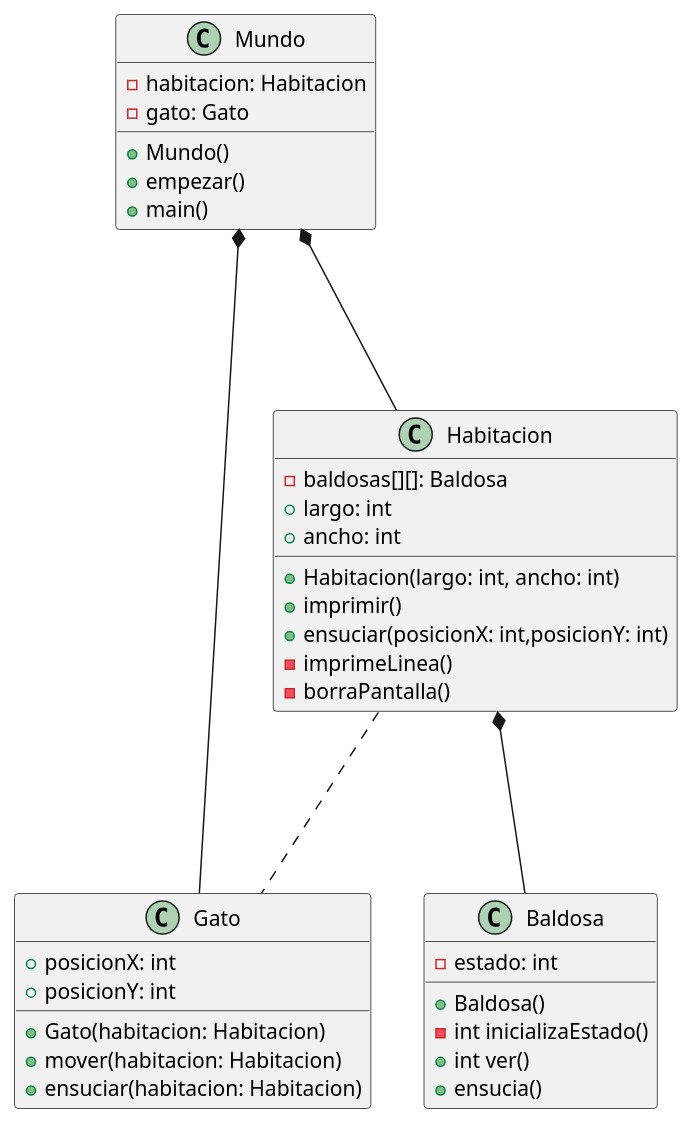
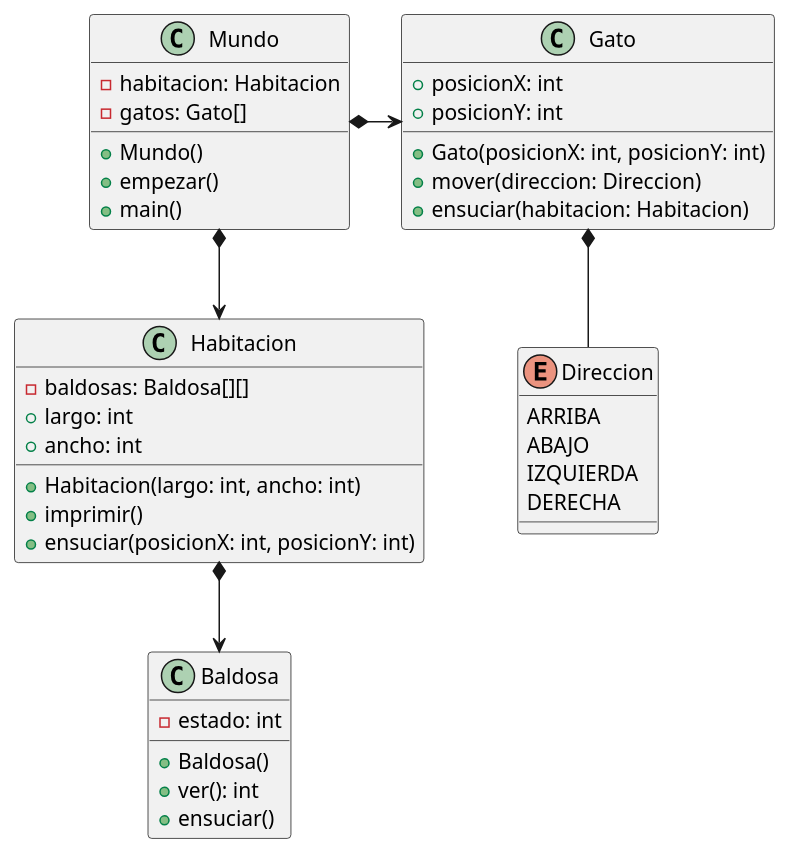
Before and after one commit to mmasias/theWorld: the diagram in modelosUML/diagrama001.puml, drawn with PlantUML. The commit also changed 10 other files, not shown here.

```diff
--- a/modelosUML/diagrama001.puml
+++ b/modelosUML/diagrama001.puml
@@ -1,43 +1,47 @@
 @startuml
 
-class Mundo{
+class Mundo {
     - habitacion: Habitacion
-    - gato: Gato 
+    - gatos: Gato[]
     + Mundo()
     + empezar()
     + main()
 }
 
 class Habitacion {
-    - baldosas[][]: Baldosa
+    - baldosas: Baldosa[][]
     + largo: int
     + ancho: int
-    +Habitacion(largo: int, ancho: int)
-    +imprimir()
-    +ensuciar(posicionX: int,posicionY: int)
-    -imprimeLinea()
-    -borraPantalla()
+    + Habitacion(largo: int, ancho: int)
+    + imprimir()
+    + ensuciar(posicionX: int, posicionY: int)
 }
 
-class Baldosa{
+class Baldosa {
     - estado: int
     + Baldosa()
-    - int inicializaEstado()
-    + int ver()
-    + ensucia()
+    + ver(): int
+    + ensuciar()
 }
 
-class Gato{
+class Gato {
     + posicionX: int
     + posicionY: int
-    + Gato(habitacion: Habitacion)
-    + mover(habitacion: Habitacion)
+    + Gato(posicionX: int, posicionY: int)
+    + mover(direccion: Direccion)
     + ensuciar(habitacion: Habitacion)
 }
 
-Mundo *-D-- Habitacion
-Mundo *-R--- Gato
-Habitacion *-D-- Baldosa 
-Habitacion ... Gato
+enum Direccion {
+    ARRIBA
+    ABAJO
+    IZQUIERDA
+    DERECHA
+}
+
+Mundo *-down-> Habitacion
+Mundo *--right-> Gato
+Habitacion *-down-> Baldosa
+Gato *-- Direccion
 
 @enduml
```
